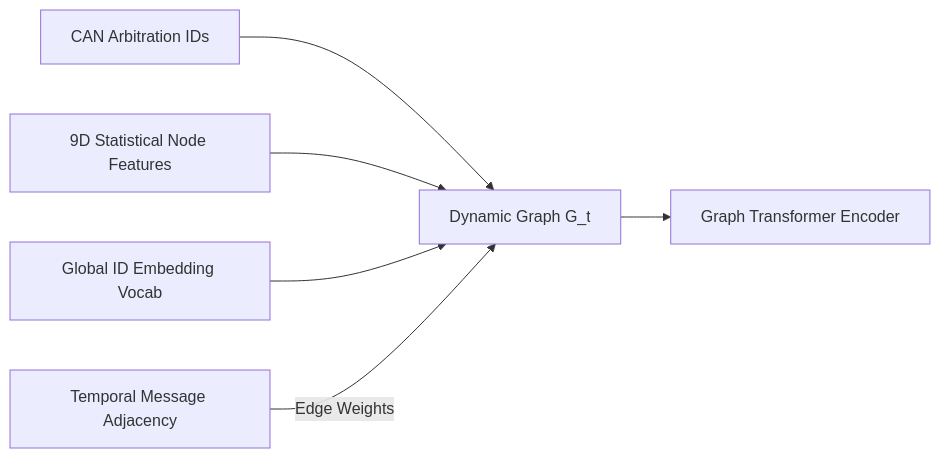
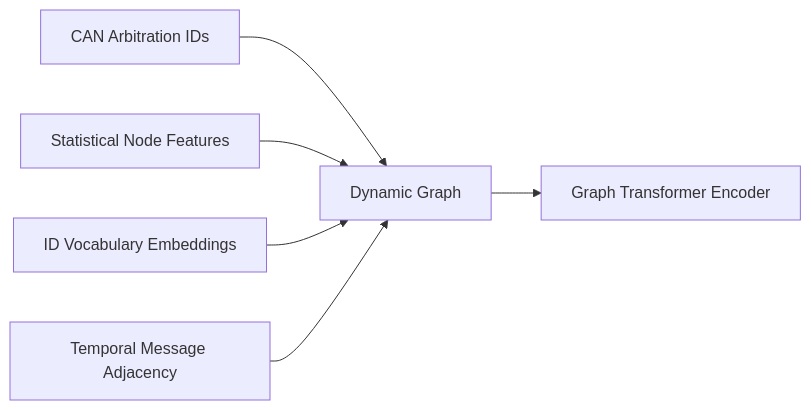
One commit to Etrlnx/pjt_1 changed the fourth of 7 diagrams in README.md. Above: the diagram before and after it, drawn with Mermaid. The commit also changed other lines of this file and 1 other file, not shown here.

Commit message:
Fixed the mermaid parsing error in the main README of the directory

````diff
--- a/README.md
+++ b/README.md
@@ -240,10 +240,10 @@
 ```mermaid
 flowchart LR
 
-A[CAN Arbitration IDs] --> D[Dynamic Graph G_t]
-B[9D Statistical Node Features] --> D
-C[Global ID Embedding Vocab] --> D
-E[Temporal Message Adjacency] -->|Edge Weights| D
+A[CAN Arbitration IDs] --> D[Dynamic Graph]
+B[Statistical Node Features] --> D
+C[ID Vocabulary Embeddings] --> D
+E[Temporal Message Adjacency] --> D
 
 D --> F[Graph Transformer Encoder]
 ```
````
